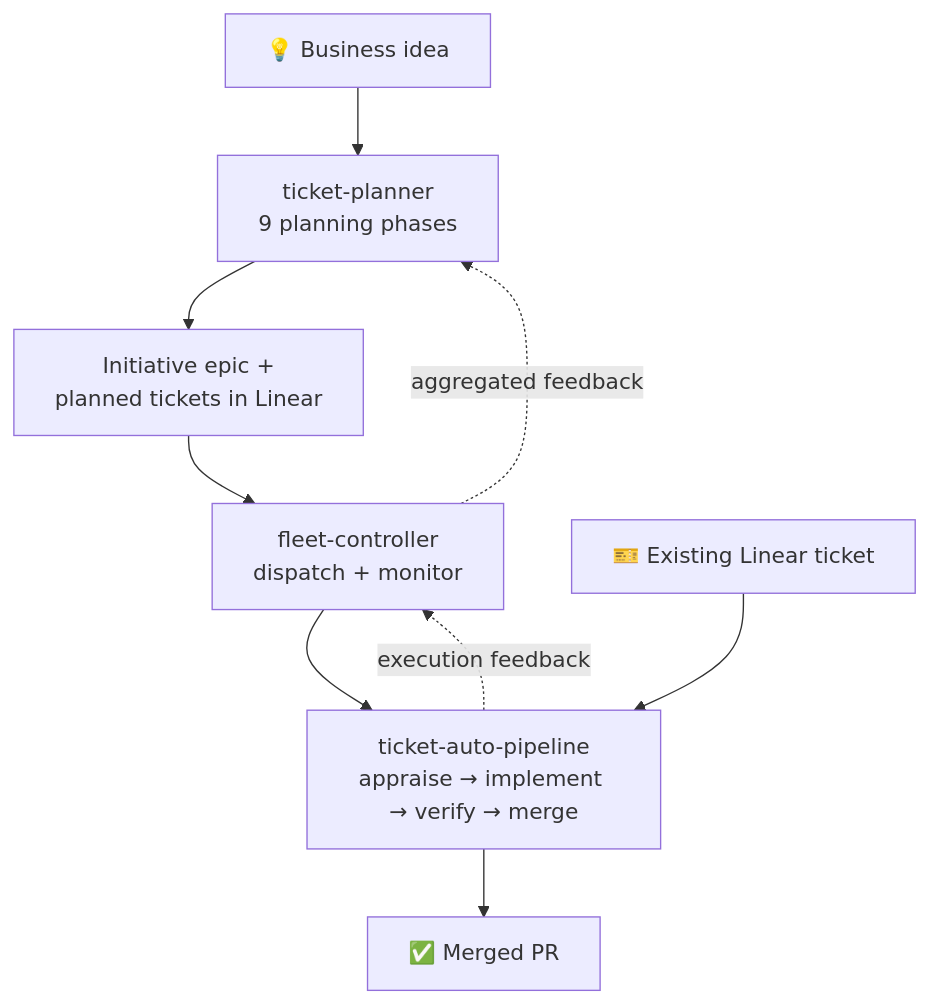
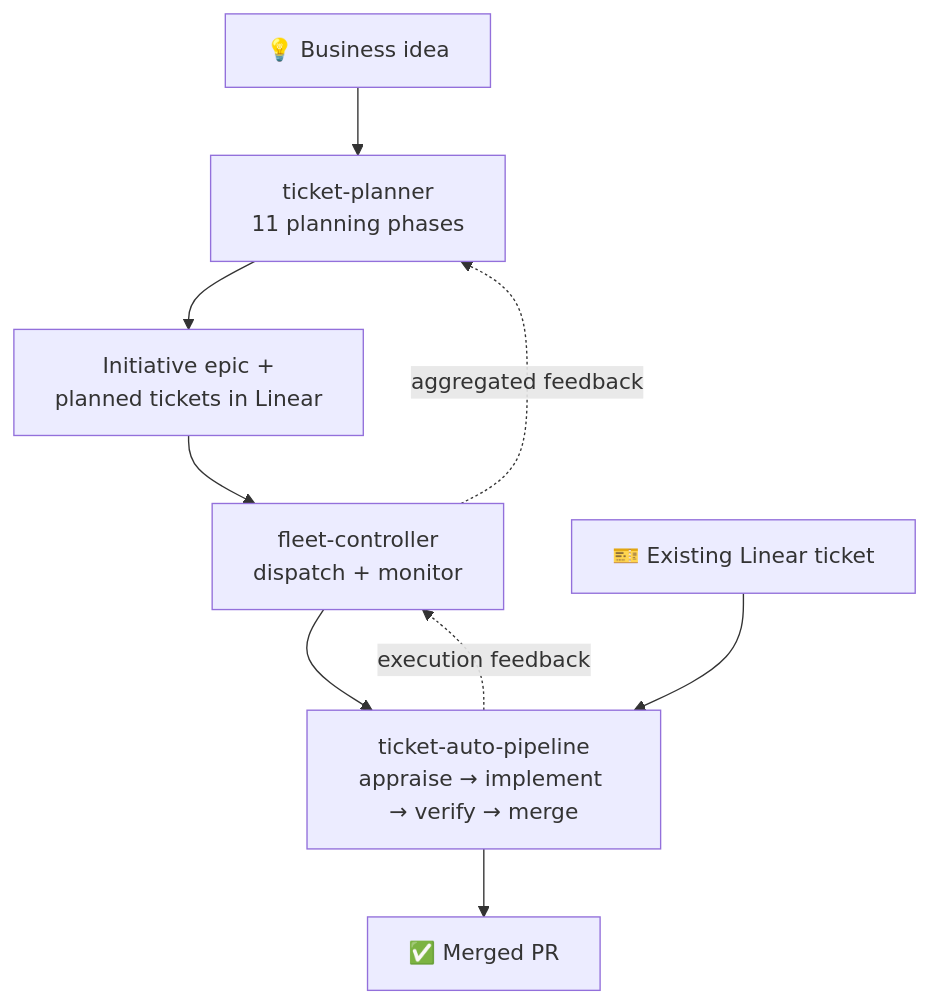
One commit to rogueprocess13/claude-plugins changed the diagram in README.md. Above: the diagram before and after it, drawn with Mermaid. The commit also changed other lines of this file and 25 other files, not shown here.

````diff
--- a/README.md
+++ b/README.md
@@ -41,12 +41,12 @@
 ```mermaid
 flowchart TD
-    idea["💡 Business idea"] --> planner["ticket-planner<br/>9 planning phases"]
+    idea["💡 Business idea"] --> planner["ticket-planner<br/>11 planning phases"]
     planner --> epic["Initiative epic +<br/>planned tickets in Linear"]
     epic --> fleet["fleet-controller<br/>dispatch + monitor"]
     fleet --> auto["ticket-auto-pipeline<br/>appraise → implement → verify → merge"]
     auto --> pr["✅ Merged PR"]
     auto -.->|execution feedback| fleet
     fleet -.->|aggregated feedback| planner
 
     manual["🎫 Existing Linear ticket"] --> auto
 ```
````
